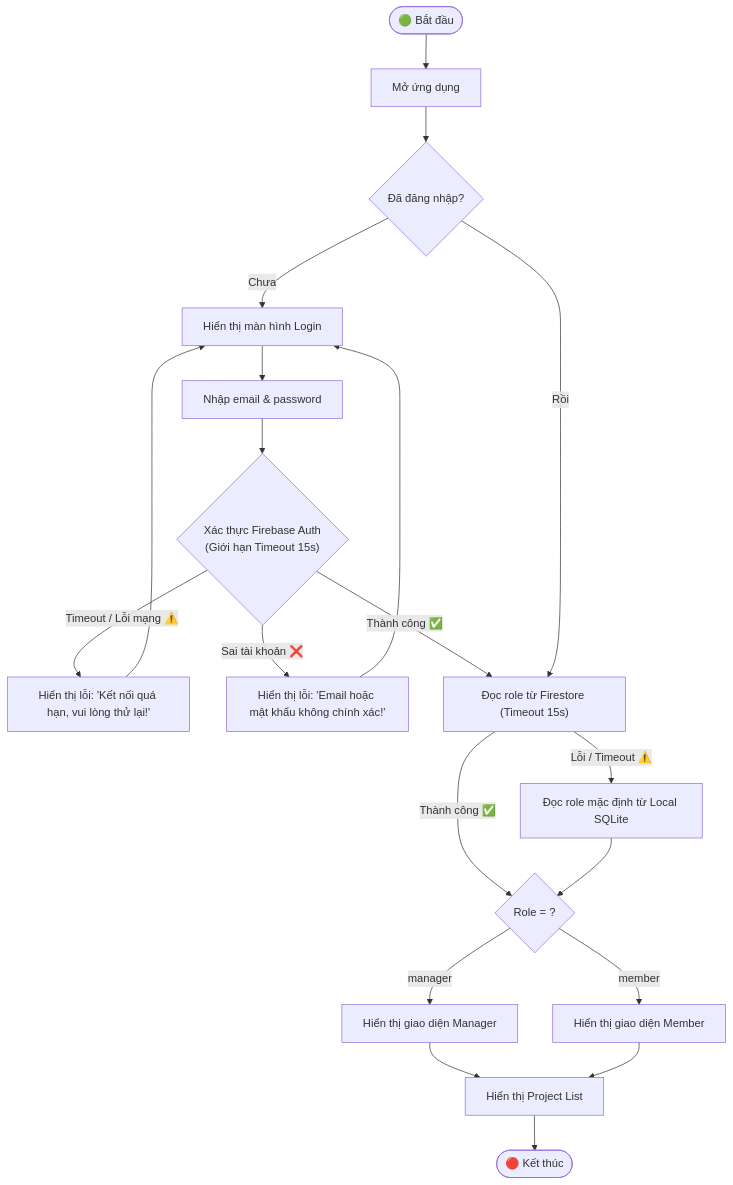
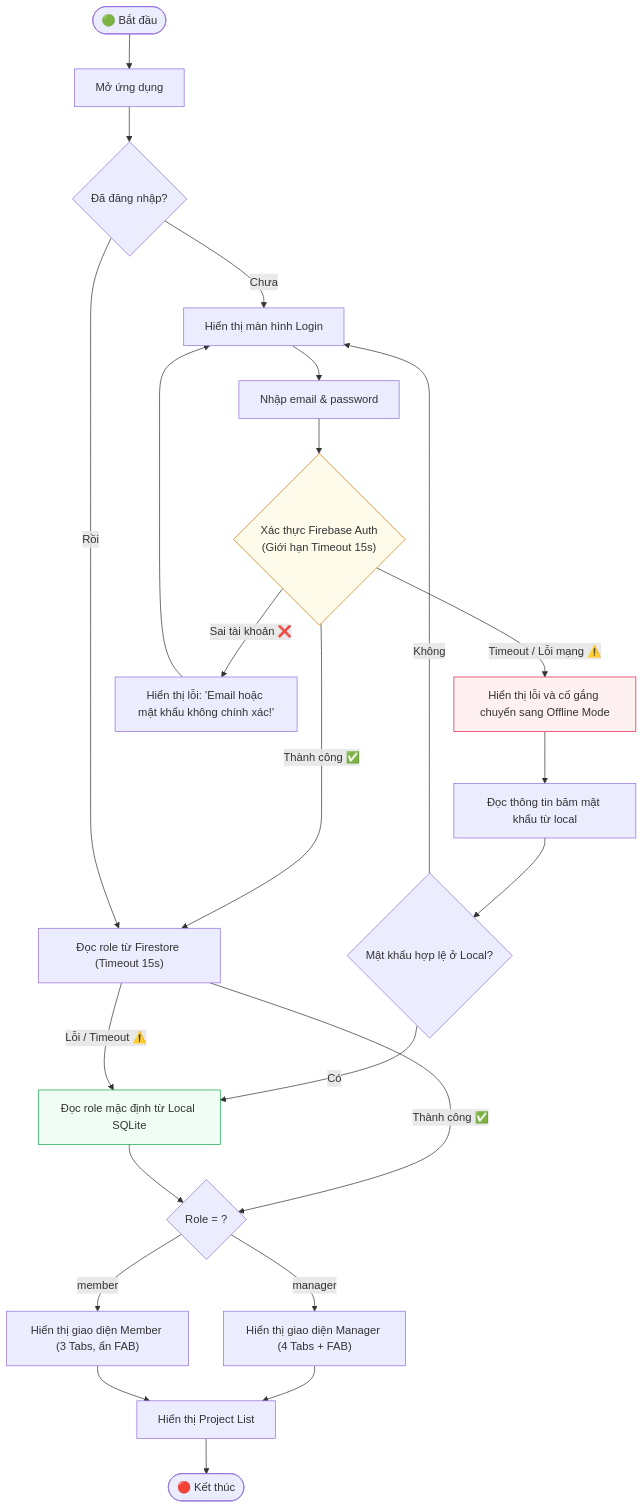
The fifth of 24 diagrams in docs/uml_va_luong_hoat_dong.md (ttt-huong/TaskFlow_Huong_Thuong_Cuong_N03_1_2026), drawn with Mermaid before and after one commit. The commit also changed other lines of this file and 3 other files, not shown here.

Commit message:
docs: redesign UML diagrams and add final course reports

````diff
--- a/docs/uml_va_luong_hoat_dong.md
+++ b/docs/uml_va_luong_hoat_dong.md
@@ -206,28 +321,35 @@
 ```mermaid
 flowchart TD
     A(["🟢 Bắt đầu"]) --> B["Mở ứng dụng"]
     B --> C{"Đã đăng nhập?"}
     C -- Chưa --> D["Hiển thị màn hình Login"]
     D --> E["Nhập email & password"]
     E --> F{"Xác thực Firebase Auth\n(Giới hạn Timeout 15s)"}
     
-    F -- "Timeout / Lỗi mạng ⚠️" --> G_TIMEOUT["Hiển thị lỗi: 'Kết nối quá hạn, vui lòng thử lại!'"]
-    G_TIMEOUT --> D
+    F -- "Timeout / Lỗi mạng ⚠️" --> G_TIMEOUT["Hiển thị lỗi và cố gắng chuyển sang Offline Mode"]
+    G_TIMEOUT --> D_LOCAL["Đọc thông tin băm mật khẩu từ local"]
+    D_LOCAL --> E_LOCAL{"Mật khẩu hợp lệ ở Local?"}
+    E_LOCAL -- Có --> G_ROLE["Đọc role mặc định từ Local SQLite"]
+    E_LOCAL -- Không --> D
     
     F -- "Sai tài khoản ❌" --> G_AUTH["Hiển thị lỗi: 'Email hoặc mật khẩu không chính xác!'"]
     G_AUTH --> D
     
     F -- "Thành công ✅" --> H["Đọc role từ Firestore (Timeout 15s)"]
-    H -- "Lỗi / Timeout ⚠️" --> G_ROLE["Đọc role mặc định từ Local SQLite"]
+    H -- "Lỗi / Timeout ⚠️" --> G_ROLE
     
     H -- "Thành công ✅" --> I{"Role = ?"}
     G_ROLE --> I
     
     C -- Rồi --> H
     
-    I -- manager --> J["Hiển thị giao diện Manager"]
-    I -- member --> K["Hiển thị giao diện Member"]
+    I -- manager --> J["Hiển thị giao diện Manager (4 Tabs + FAB)"]
+    I -- member --> K["Hiển thị giao diện Member (3 Tabs, ẩn FAB)"]
     J --> L["Hiển thị Project List"]
     K --> L
     L --> M(["🔴 Kết thúc"])
+
+    style F fill:#fffbeb,stroke:#d97706
+    style G_TIMEOUT fill:#fff1f2,stroke:#e11d48
+    style G_ROLE fill:#f0fdf4,stroke:#16a34a
 ```
````
